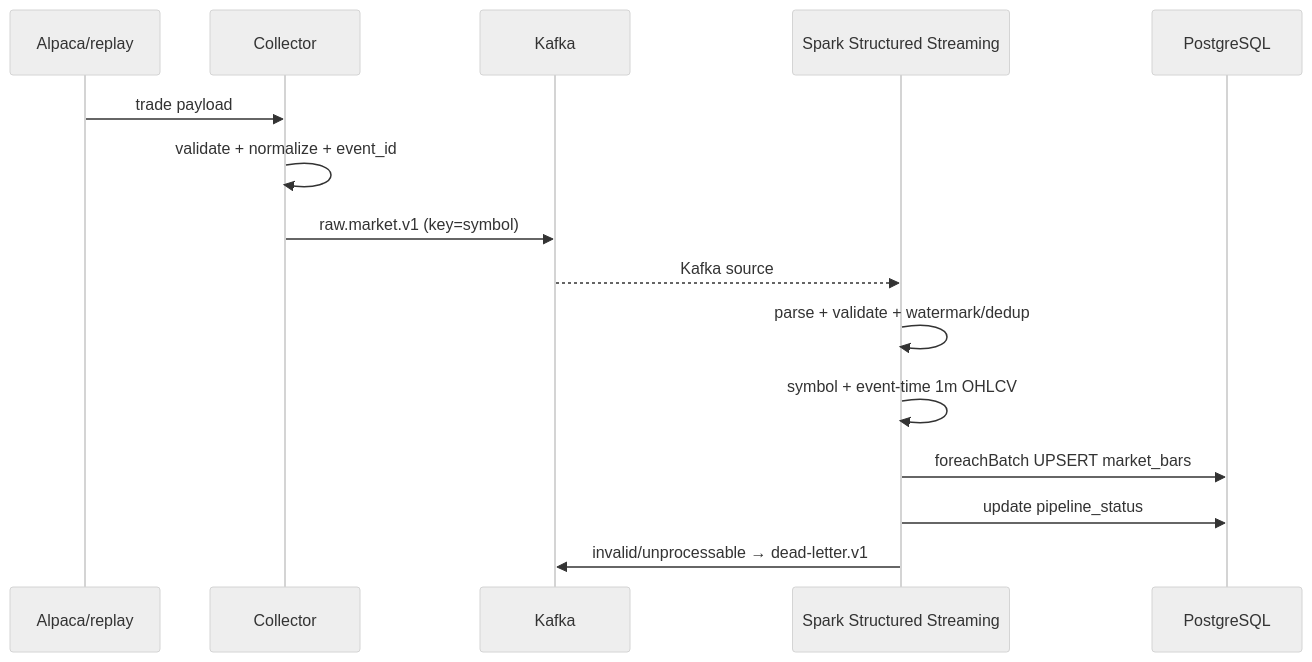
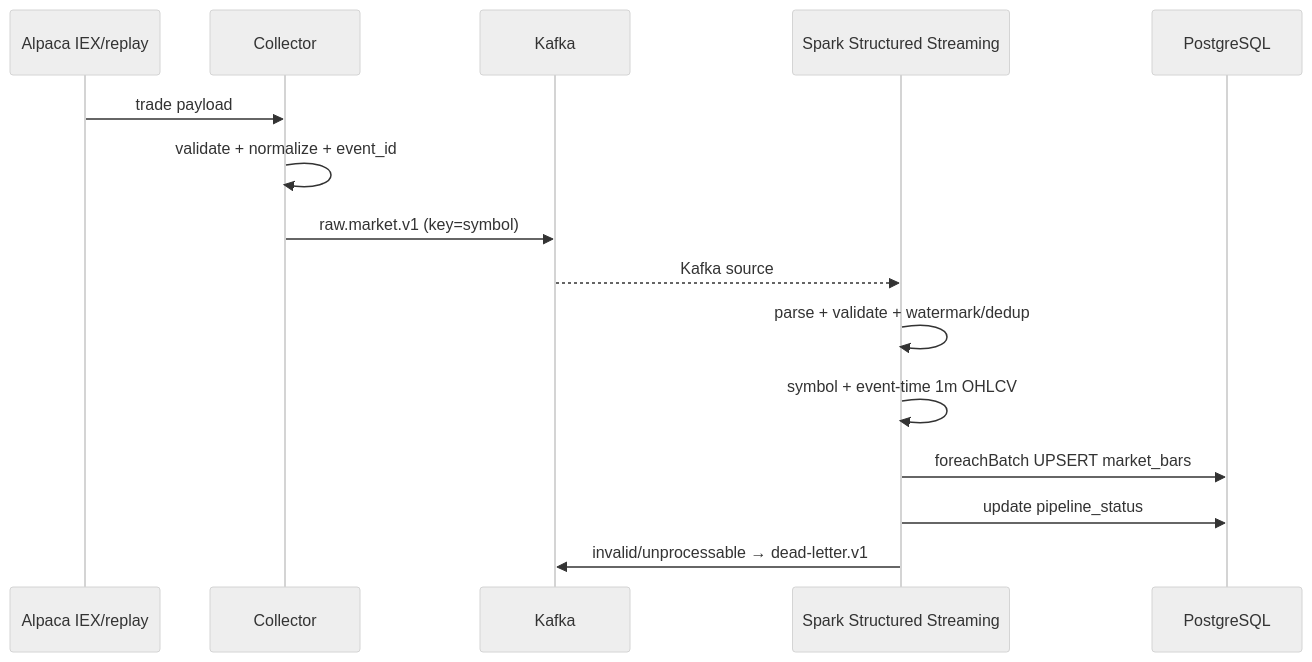
Before and after one commit to hjh6709/us-market-intelligence-pipeline: the second of 2 diagrams in docs/architecture.md, drawn with Mermaid (neutral theme). The commit also changed other lines of this file and 6 other files, not shown here.

````diff
--- a/docs/architecture.md
+++ b/docs/architecture.md
@@ -102,18 +109,18 @@
 ```mermaid
 sequenceDiagram
-    participant A as Alpaca/replay
+    participant A as Alpaca IEX/replay
     participant C as Collector
     participant K as Kafka
     participant S as Spark Structured Streaming
     participant D as PostgreSQL
 
     A->>C: trade payload
     C->>C: validate + normalize + event_id
     C->>K: raw.market.v1 (key=symbol)
     K-->>S: Kafka source
     S->>S: parse + validate + watermark/dedup
     S->>S: symbol + event-time 1m OHLCV
     S->>D: foreachBatch UPSERT market_bars
     S->>D: update pipeline_status
     S->>K: invalid/unprocessable → dead-letter.v1
 ```
````
